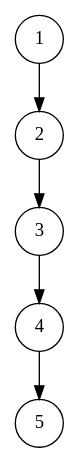
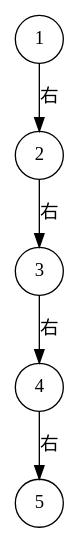
Before and after one commit to AzenAnn/DSA-Mastery: the second of 6 diagrams in content/chapter-08-search/02-binary-search-tree.md, drawn with Graphviz. The commit also changed other lines of this file and 11 other files, not shown here.

First line of the commit message:
fix(ch08): correct graphviz diagram clusters and edge semantics

````diff
--- a/content/chapter-08-search/02-binary-search-tree.md
+++ b/content/chapter-08-search/02-binary-search-tree.md
@@ -118,10 +118,10 @@
 ```graphviz
 digraph DegenerateBST {
   rankdir=TB;
   node [shape=circle];
-  1 -> 2;
-  2 -> 3;
-  3 -> 4;
-  4 -> 5;
+  1 -> 2 [label="右"];
+  2 -> 3 [label="右"];
+  3 -> 4 [label="右"];
+  4 -> 5 [label="右"];
 }
 ```
````
